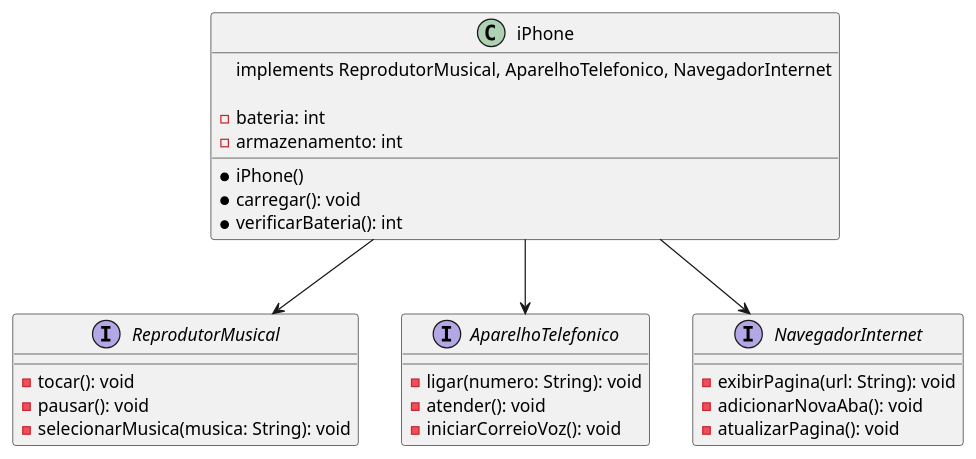
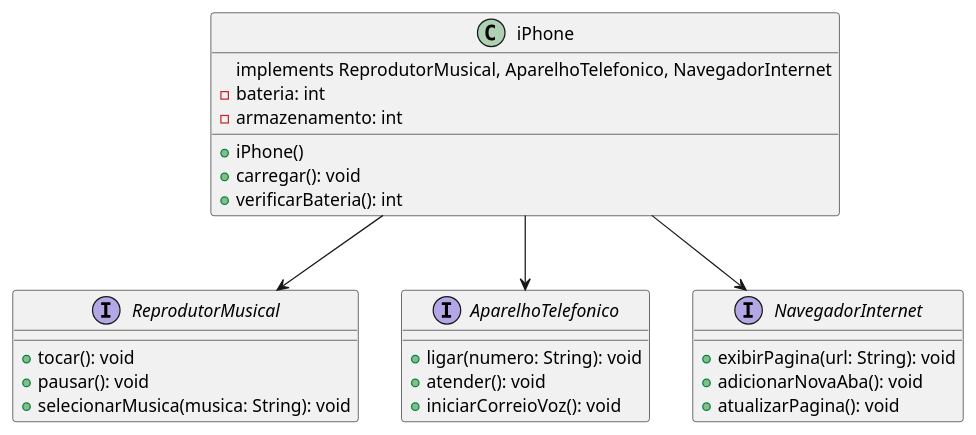
The diagram in desafios/poo/README.md (DanielNaiff/trilha-java-basico), drawn with PlantUML before and after one commit.

Commit message:
editando uml

````diff
--- a/desafios/poo/README.md
+++ b/desafios/poo/README.md
@@ -1,39 +1,36 @@
+```plantuml
 @startuml
 
 interface ReprodutorMusical {
-
-- tocar(): void
-- pausar(): void
-- selecionarMusica(musica: String): void
-  }
+  + tocar(): void
+  + pausar(): void
+  + selecionarMusica(musica: String): void
+}
 
 interface AparelhoTelefonico {
-
-- ligar(numero: String): void
-- atender(): void
-- iniciarCorreioVoz(): void
-  }
+  + ligar(numero: String): void
+  + atender(): void
+  + iniciarCorreioVoz(): void
+}
 
 interface NavegadorInternet {
-
-- exibirPagina(url: String): void
-- adicionarNovaAba(): void
-- atualizarPagina(): void
-  }
+  + exibirPagina(url: String): void
+  + adicionarNovaAba(): void
+  + atualizarPagina(): void
+}
 
 class iPhone {
-implements ReprodutorMusical, AparelhoTelefonico, NavegadorInternet
-
-- bateria: int
-- armazenamento: int
-
-* iPhone()
-* carregar(): void
-* verificarBateria(): int
-  }
+  implements ReprodutorMusical, AparelhoTelefonico, NavegadorInternet
+  - bateria: int
+  - armazenamento: int
+  + iPhone()
+  + carregar(): void
+  + verificarBateria(): int
+}
 
 iPhone --> ReprodutorMusical
 iPhone --> AparelhoTelefonico
 iPhone --> NavegadorInternet
 
 @enduml
+```
````
